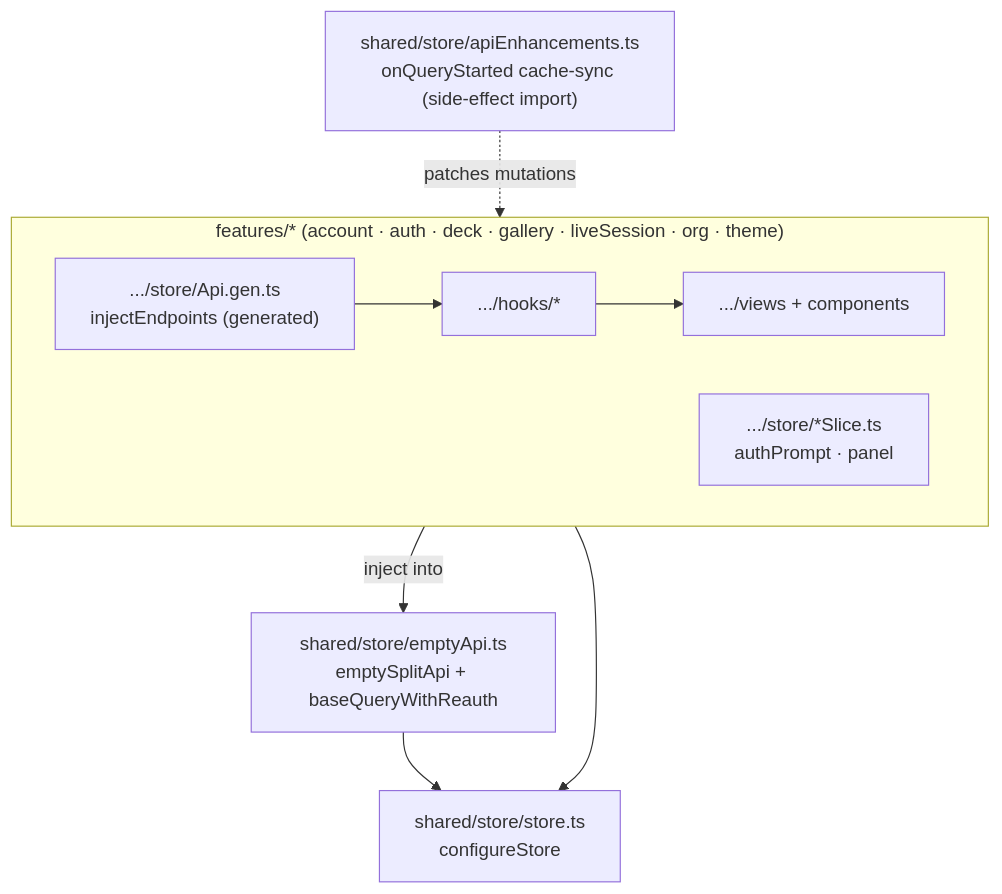
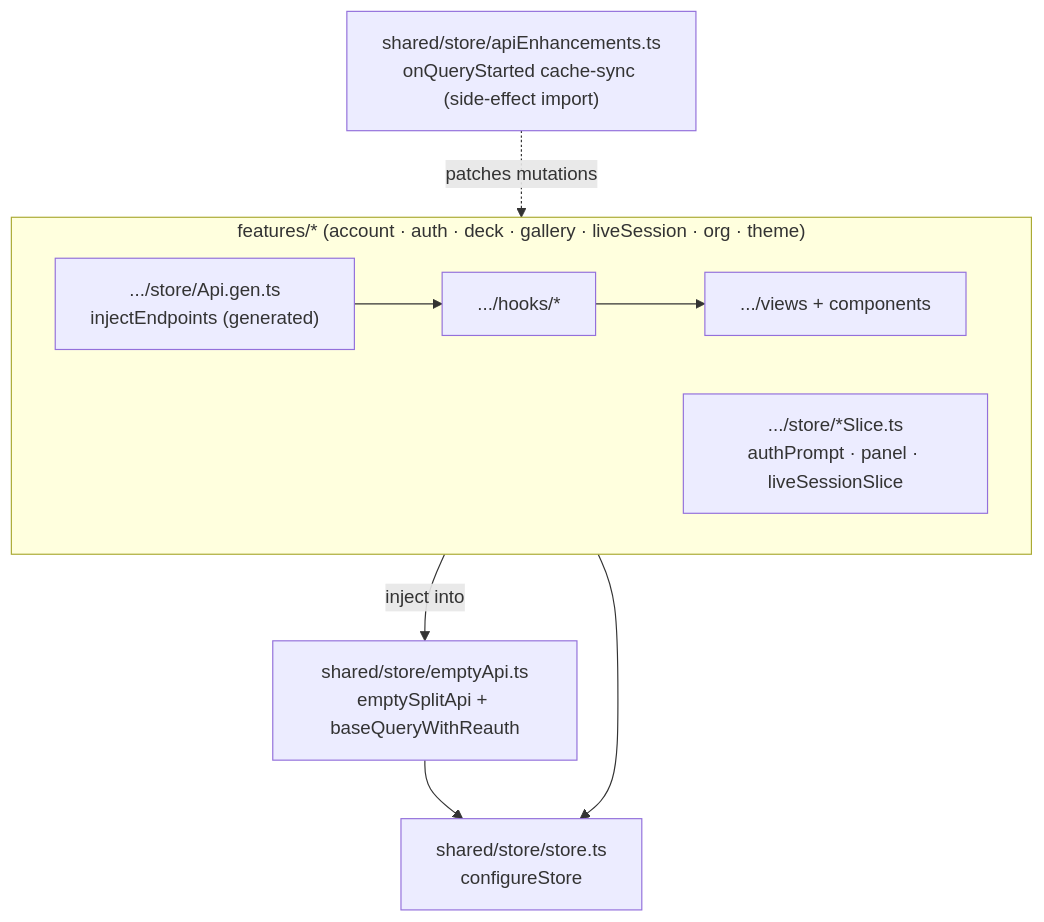
The first of 7 diagrams in z-docs/diagrams/frontend-architecture.md (Saganaut/ambi), drawn with Mermaid before and after one commit. The commit also changed other lines of this file and 5 other files, not shown here.

Commit message:
docs(diagrams): correct auth, collaboration, deck-authoring, domain-model, frontend-architecture, index

````diff
--- a/z-docs/diagrams/frontend-architecture.md
+++ b/z-docs/diagrams/frontend-architecture.md
@@ -14,21 +14,21 @@
 ```mermaid
 flowchart TB
     subgraph feats["features/*  (account · auth · deck · gallery · liveSession · org · theme)"]
         direction LR
         API[".../store/<feature>Api.gen.ts<br/>injectEndpoints (generated)"]
-        SLICE[".../store/*Slice.ts<br/>authPrompt · panel"]
+        SLICE[".../store/*Slice.ts<br/>authPrompt · panel · liveSessionSlice"]
         HOOKS[".../hooks/*"]
         VIEWS[".../views + components"]
     end
 
     EMPTY["shared/store/emptyApi.ts<br/>emptySplitApi + baseQueryWithReauth"]
     STORE["shared/store/store.ts<br/>configureStore"]
     ENH["shared/store/apiEnhancements.ts<br/>onQueryStarted cache-sync (side-effect import)"]
 
     API -->|inject into| EMPTY
     EMPTY --> STORE
     SLICE --> STORE
     ENH -.->|patches mutations| API
     HOOKS --> VIEWS
     API --> HOOKS
 ```
````
